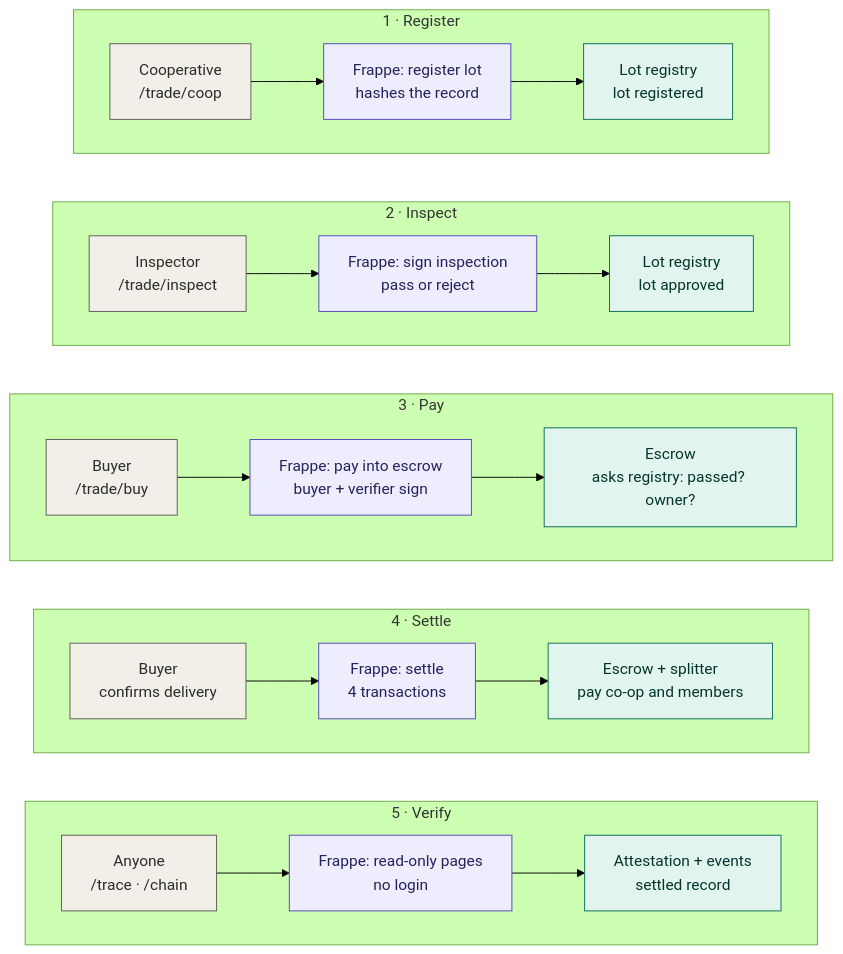
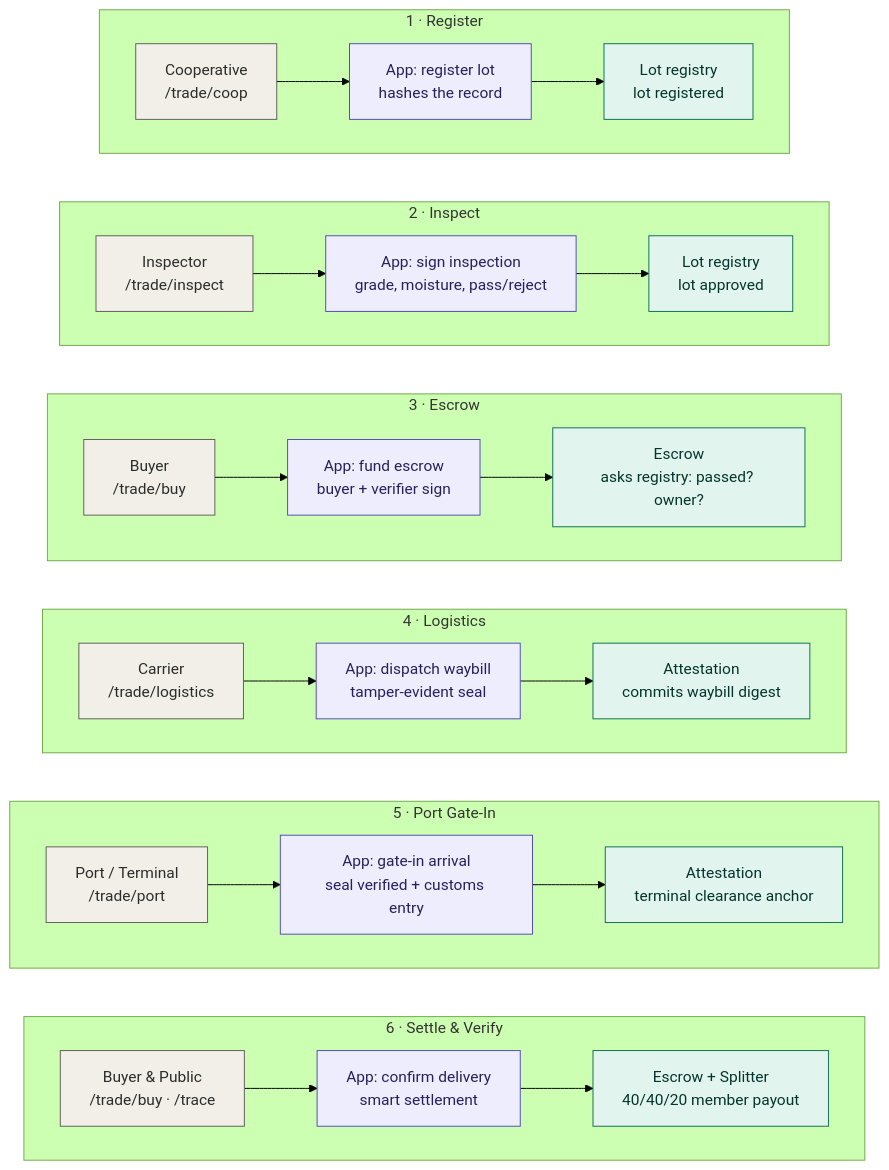
One commit to tejirijesse/axk-capstone changed the diagram in README.md. Above: the diagram before and after it, drawn with Mermaid (forest theme). The commit also changed other lines of this file and 20 other files, not shown here.

Commit message:
Added end-to-end logistics, port clearance, standalone runner, and walkthrough demo

````diff
--- a/README.md
+++ b/README.md
@@ -25,28 +40,32 @@
 ```mermaid
 flowchart TB
   classDef person fill:#F1EFE8,stroke:#5F5E5A,color:#2C2C2A
   classDef app fill:#EEEDFE,stroke:#534AB7,color:#26215C
   classDef chain fill:#E1F5EE,stroke:#0F6E56,color:#04342C
 
   subgraph S1["1 · Register"]
     direction LR
-    P1["Cooperative<br/>/trade/coop"]:::person --> A1["Frappe: register lot<br/>hashes the record"]:::app --> C1["Lot registry<br/>lot registered"]:::chain
+    P1["Cooperative<br/>/trade/coop"]:::person --> A1["App: register lot<br/>hashes the record"]:::app --> C1["Lot registry<br/>lot registered"]:::chain
   end
   subgraph S2["2 · Inspect"]
     direction LR
-    P2["Inspector<br/>/trade/inspect"]:::person --> A2["Frappe: sign inspection<br/>pass or reject"]:::app --> C2["Lot registry<br/>lot approved"]:::chain
+    P2["Inspector<br/>/trade/inspect"]:::person --> A2["App: sign inspection<br/>grade, moisture, pass/reject"]:::app --> C2["Lot registry<br/>lot approved"]:::chain
   end
-  subgraph S3["3 · Pay"]
+  subgraph S3["3 · Escrow"]
     direction LR
-    P3["Buyer<br/>/trade/buy"]:::person --> A3["Frappe: pay into escrow<br/>buyer + verifier sign"]:::app --> C3["Escrow<br/>asks registry: passed? owner?"]:::chain
+    P3["Buyer<br/>/trade/buy"]:::person --> A3["App: fund escrow<br/>buyer + verifier sign"]:::app --> C3["Escrow<br/>asks registry: passed? owner?"]:::chain
   end
-  subgraph S4["4 · Settle"]
+  subgraph S4["4 · Logistics"]
     direction LR
-    P4["Buyer<br/>confirms delivery"]:::person --> A4["Frappe: settle<br/>4 transactions"]:::app --> C4["Escrow + splitter<br/>pay co-op and members"]:::chain
+    P4["Carrier<br/>/trade/logistics"]:::person --> A4["App: dispatch waybill<br/>tamper-evident seal"]:::app --> C4["Attestation<br/>commits waybill digest"]:::chain
   end
-  subgraph S5["5 · Verify"]
+  subgraph S5["5 · Port Gate-In"]
     direction LR
-    P5["Anyone<br/>/trace · /chain"]:::person --> A5["Frappe: read-only pages<br/>no login"]:::app --> C5["Attestation + events<br/>settled record"]:::chain
+    P5["Port / Terminal<br/>/trade/port"]:::person --> A5["App: gate-in arrival<br/>seal verified + customs entry"]:::app --> C5["Attestation<br/>terminal clearance anchor"]:::chain
   end
-  S1 ~~~ S2 ~~~ S3 ~~~ S4 ~~~ S5
+  subgraph S6["6 · Settle & Verify"]
+    direction LR
+    P6["Buyer & Public<br/>/trade/buy · /trace"]:::person --> A6["App: confirm delivery<br/>smart settlement"]:::app --> C6["Escrow + Splitter<br/>40/40/20 member payout"]:::chain
+  end
+  S1 ~~~ S2 ~~~ S3 ~~~ S4 ~~~ S5 ~~~ S6
 ```
````
